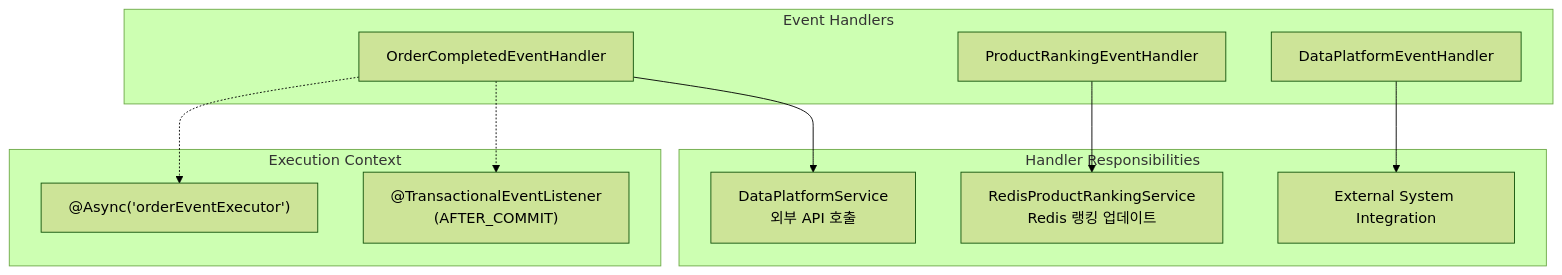
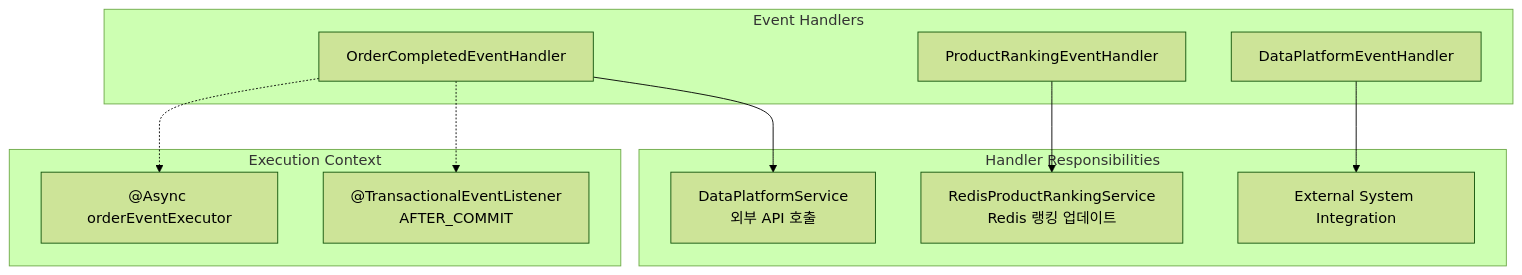
The eighth of 8 diagrams in docs/DISTRIBUTED_TRANSACTION_DESIGN.md (yuni02/hhplus-ecommerce), drawn with Mermaid (forest theme) before and after one commit.

Commit message:
docs: 설계문서 최종 퇴고 완료

````diff
--- a/docs/DISTRIBUTED_TRANSACTION_DESIGN.md
+++ b/docs/DISTRIBUTED_TRANSACTION_DESIGN.md
@@ -298,22 +298,26 @@
 ```mermaid
 graph TB
-    subgraph "Event Handlers"
+    subgraph EH["Event Handlers"]
         OH[OrderCompletedEventHandler]
         PRH[ProductRankingEventHandler] 
         DPH[DataPlatformEventHandler]
     end
     
-    subgraph "Handler Responsibilities"
-        OH --> DPS[DataPlatformService<br/>외부 API 호출]
-        PRH --> RRS[RedisProductRankingService<br/>Redis 랭킹 업데이트]
-        DPH --> EXT[External System Integration]
+    subgraph HR["Handler Responsibilities"]
+        DPS["DataPlatformService<br/>외부 API 호출"]
+        RRS["RedisProductRankingService<br/>Redis 랭킹 업데이트"]
+        EXT["External System Integration"]
     end
     
-    subgraph "Execution Context"
-        ASYNC["@Async('orderEventExecutor')"]
-        TX_LISTENER["@TransactionalEventListener<br/>(AFTER_COMMIT)"]
+    subgraph EC["Execution Context"]
+        ASYNC["@Async orderEventExecutor"]
+        TX_LISTENER["@TransactionalEventListener<br/>AFTER_COMMIT"]
     end
+    
+    OH --> DPS
+    PRH --> RRS
+    DPH --> EXT
     
     OH -.-> ASYNC
     OH -.-> TX_LISTENER
 ```
````
